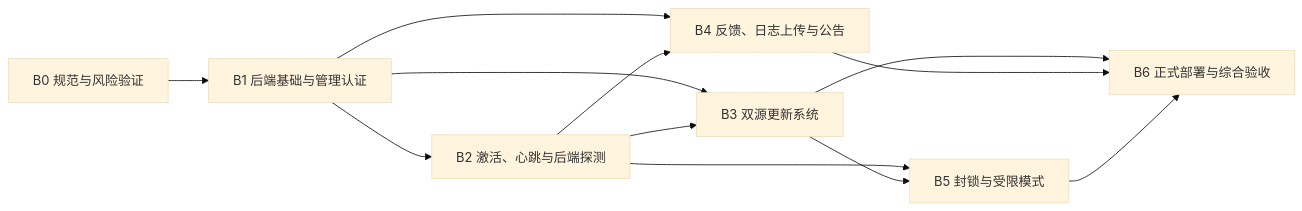
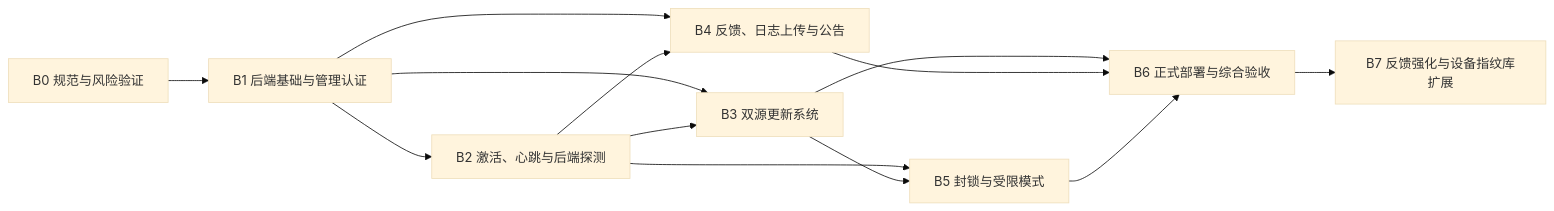
Before and after one commit to LS3213/NetRelay: the diagram in docs/11-backend-staged-development-and-acceptance-plan.md, drawn with Mermaid (base theme). The commit also changed other lines of this file and 1 other file, not shown here.

````diff
--- a/docs/11-backend-staged-development-and-acceptance-plan.md
+++ b/docs/11-backend-staged-development-and-acceptance-plan.md
@@ -78,14 +79,15 @@
 ```mermaid
 flowchart LR
     B0["B0 规范与风险验证"] --> B1["B1 后端基础与管理认证"]
     B1 --> B2["B2 激活、心跳与后端探测"]
     B1 --> B3["B3 双源更新系统"]
     B2 --> B3
     B1 --> B4["B4 反馈、日志上传与公告"]
     B2 --> B4
     B2 --> B5["B5 封锁与受限模式"]
     B3 --> B5
     B3 --> B6["B6 正式部署与综合验收"]
     B4 --> B6
     B5 --> B6
+    B6 --> B7["B7 反馈强化与设备指纹库扩展"]
 ```
````
